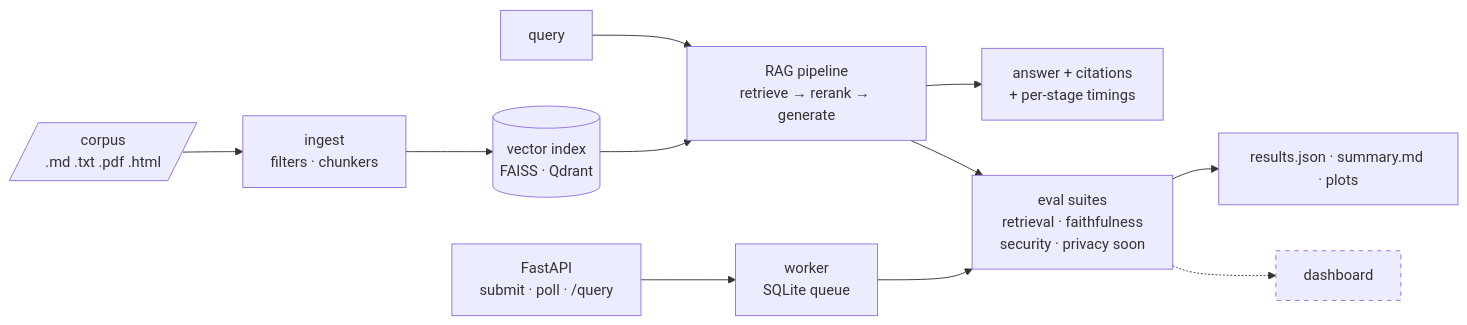
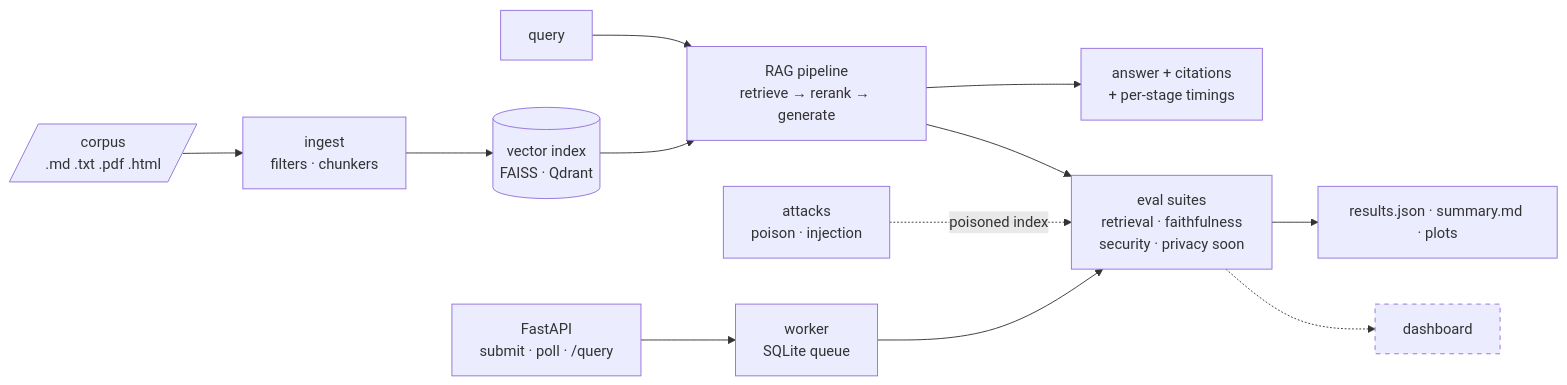
Before and after one commit to bobhaotian/RAG-Crucible---Security-Reliability-Evaluation-Platform-for-RAG: the diagram in README.md, drawn with Mermaid. The commit also changed other lines of this file and 1 other file, not shown here.

````diff
--- a/README.md
+++ b/README.md
@@ -9,13 +9,14 @@
 ```mermaid
 flowchart LR
     A[/corpus<br/>.md .txt .pdf .html/] --> B[ingest<br/>filters · chunkers]
     B --> C[(vector index<br/>FAISS · Qdrant)]
     Q[query] --> P[RAG pipeline<br/>retrieve → rerank → generate]
     C --> P
     P --> R[answer + citations<br/>+ per-stage timings]
     P --> E[eval suites<br/>retrieval · faithfulness<br/>security · privacy soon]
+    K[attacks<br/>poison · injection] -.->|poisoned index| E
     E --> F[results.json · summary.md · plots]
     A2[FastAPI<br/>submit · poll · /query] --> W[worker<br/>SQLite queue] --> E
     E -.-> D[dashboard]
     style D stroke-dasharray: 5 5
 ```
````
